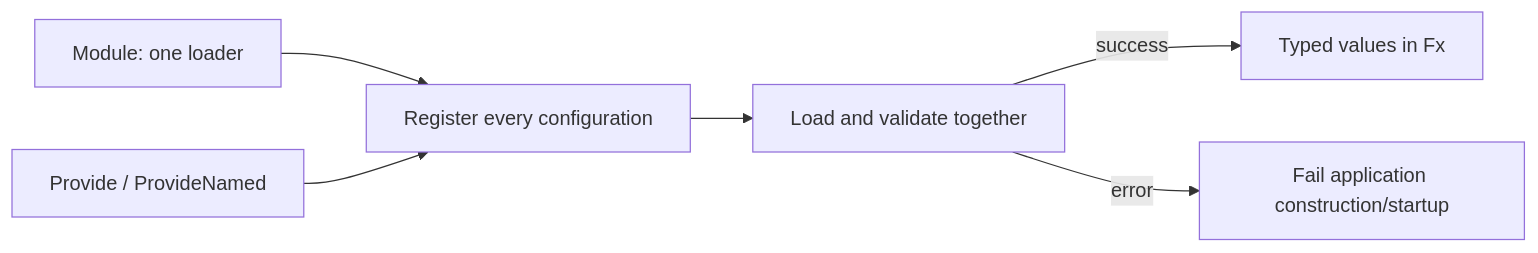
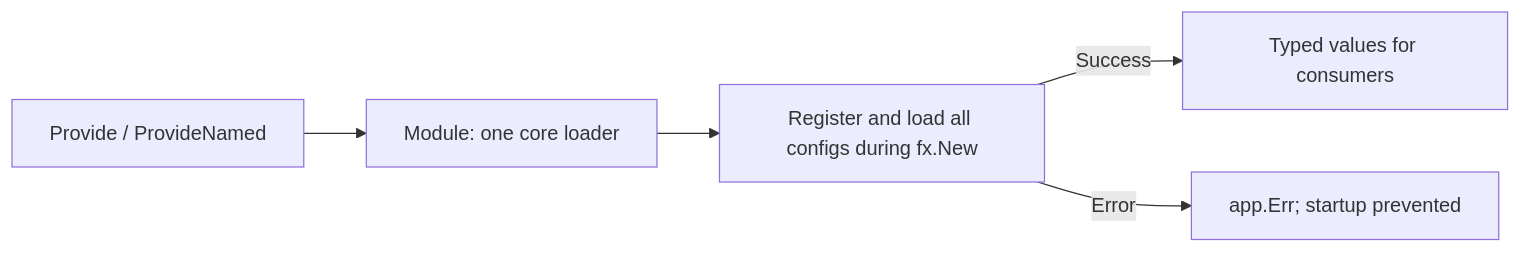
Before and after one commit to uchaloop/confx: the diagram in README.md, drawn with Mermaid. The commit also changed other lines of this file and 7 other files, not shown here.

````diff
--- a/README.md
+++ b/README.md
@@ -80,8 +64,7 @@
 ```mermaid
 flowchart LR
-    A["Module: one loader"] --> C["Register every configuration"]
-    B["Provide / ProvideNamed"] --> C
-    C --> D["Load and validate together"]
-    D -->|success| E["Typed values in Fx"]
-    D -->|error| F["Fail application construction/startup"]
+    A["Provide / ProvideNamed"] --> B["Module: one core loader"]
+    B --> C["Register and load all configs during fx.New"]
+    C -->|Success| D["Typed values for consumers"]
+    C -->|Error| E["app.Err; startup prevented"]
 ```
````
